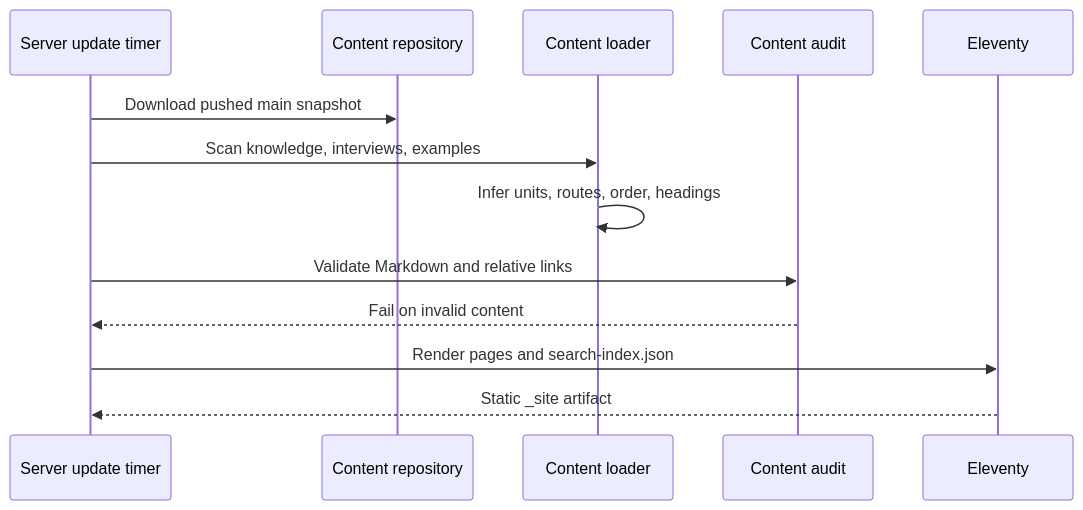
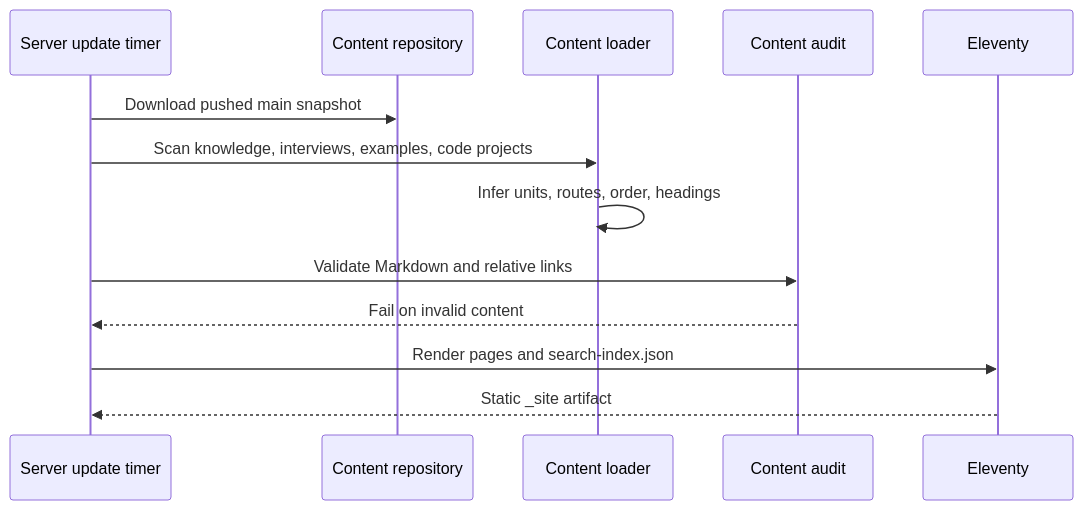
One commit to Game-Client-Knowledge/Web changed the second of 2 diagrams in docs/architecture.md. Above: the diagram before and after it, drawn with Mermaid. The commit also changed other lines of this file and 23 other files, not shown here.

````diff
--- a/docs/architecture.md
+++ b/docs/architecture.md
@@ -48,16 +50,16 @@
 ```mermaid
 sequenceDiagram
     participant CI as Server update timer
     participant Content as Content repository
     participant Loader as Content loader
     participant Audit as Content audit
     participant Site as Eleventy
 
     CI->>Content: Download pushed main snapshot
-    CI->>Loader: Scan knowledge, interviews, examples
+    CI->>Loader: Scan knowledge, interviews, examples, code projects
     Loader->>Loader: Infer units, routes, order, headings
     CI->>Audit: Validate Markdown and relative links
     Audit-->>CI: Fail on invalid content
     CI->>Site: Render pages and search-index.json
     Site-->>CI: Static _site artifact
 ```
````
